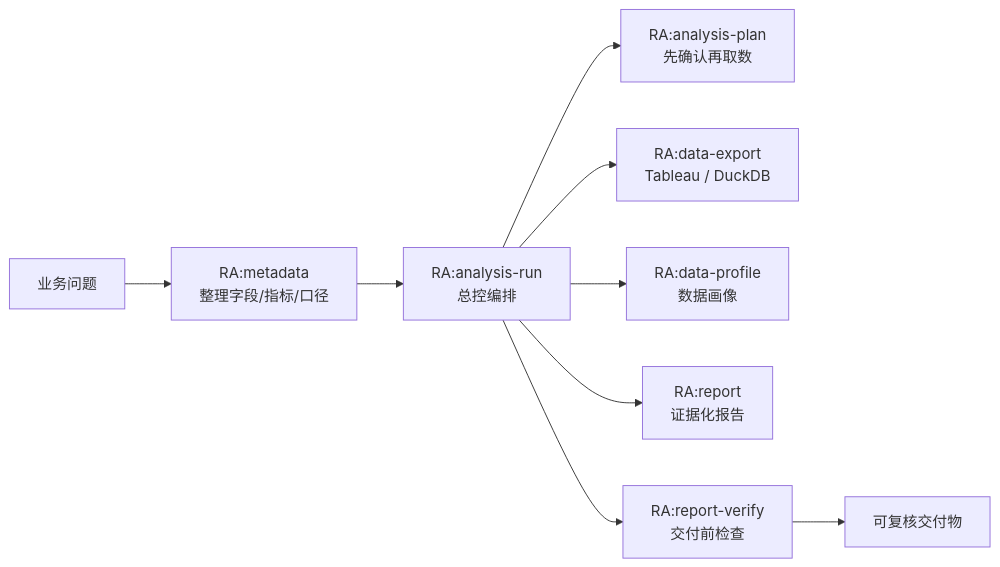
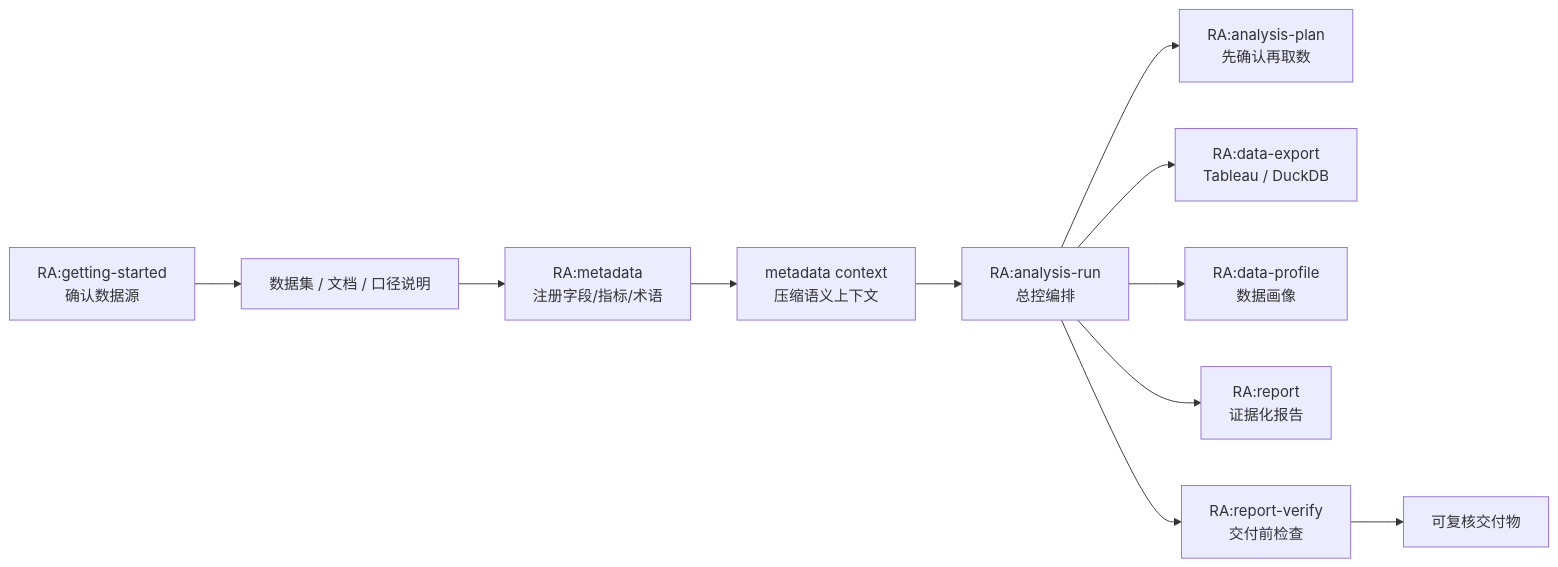
Before and after one commit to dabaige53/RealAnalyst: the first of 2 diagrams in README.md, drawn with Mermaid. The commit also changed other lines of this file and 6 other files, not shown here.

````diff
--- a/README.md
+++ b/README.md
@@ -205,11 +55,13 @@
 ```mermaid
 flowchart LR
-    Q[业务问题] --> M[RA:metadata<br/>整理字段/指标/口径]
-    M --> AR[RA:analysis-run<br/>总控编排]
+    GS[RA:getting-started<br/>确认数据源] --> Source[数据集 / 文档 / 口径说明]
+    Source --> M[RA:metadata<br/>注册字段/指标/术语]
+    M --> C[metadata context<br/>压缩语义上下文]
+    C --> AR[RA:analysis-run<br/>总控编排]
     AR --> P[RA:analysis-plan<br/>先确认再取数]
     AR --> E[RA:data-export<br/>Tableau / DuckDB]
     AR --> D[RA:data-profile<br/>数据画像]
     AR --> R[RA:report<br/>证据化报告]
     AR --> V[RA:report-verify<br/>交付前检查]
     V --> O[可复核交付物]
 ```
````
